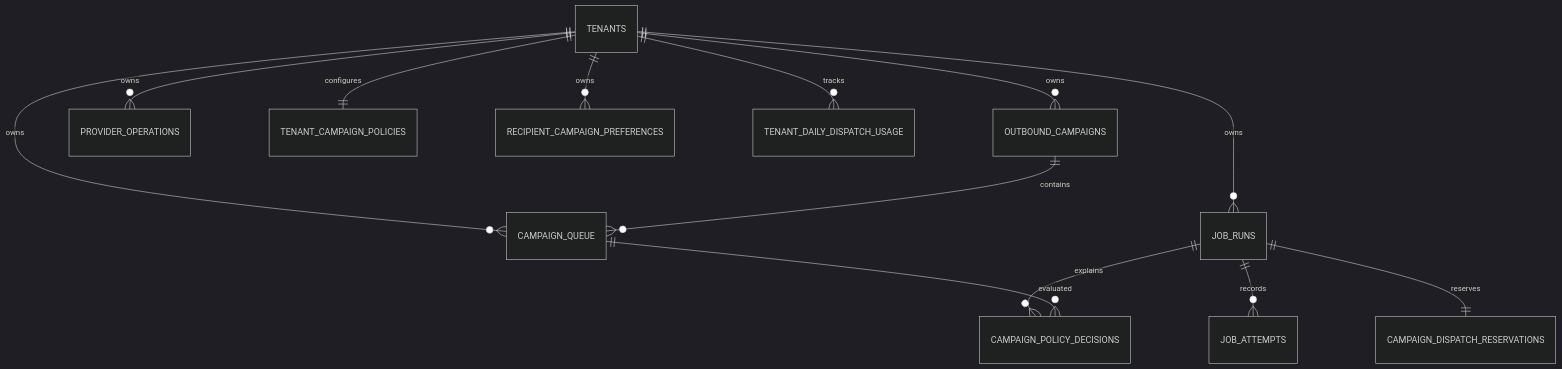
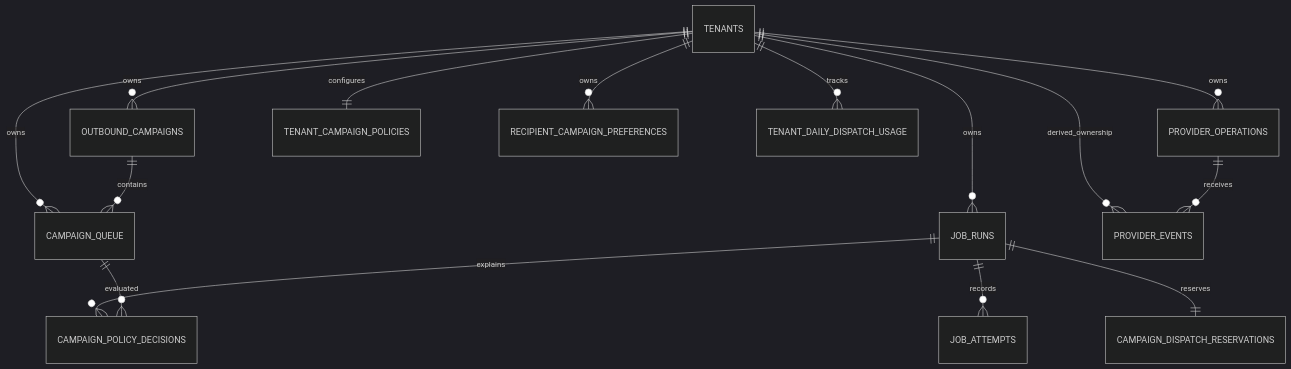
One commit to jeevesh2515/voxflow-voice-agent changed the diagram in schema.md. Above: the diagram before and after it, drawn with Mermaid (dark theme). The commit also changed other lines of this file and 20 other files, not shown here.

````diff
--- a/schema.md
+++ b/schema.md
@@ -79,15 +95,17 @@
 ```mermaid
 erDiagram
     TENANTS ||--o{ OUTBOUND_CAMPAIGNS : owns
     TENANTS ||--o{ CAMPAIGN_QUEUE : owns
     TENANTS ||--o{ JOB_RUNS : owns
     TENANTS ||--o{ PROVIDER_OPERATIONS : owns
+    TENANTS ||--o{ PROVIDER_EVENTS : derived_ownership
     TENANTS ||--|| TENANT_CAMPAIGN_POLICIES : configures
     TENANTS ||--o{ RECIPIENT_CAMPAIGN_PREFERENCES : owns
     TENANTS ||--o{ TENANT_DAILY_DISPATCH_USAGE : tracks
     OUTBOUND_CAMPAIGNS ||--o{ CAMPAIGN_QUEUE : contains
     JOB_RUNS ||--o{ JOB_ATTEMPTS : records
+    PROVIDER_OPERATIONS ||--o{ PROVIDER_EVENTS : receives
     JOB_RUNS ||--|| CAMPAIGN_DISPATCH_RESERVATIONS : reserves
     JOB_RUNS ||--o{ CAMPAIGN_POLICY_DECISIONS : explains
     CAMPAIGN_QUEUE ||--o{ CAMPAIGN_POLICY_DECISIONS : evaluated
 ```
````
